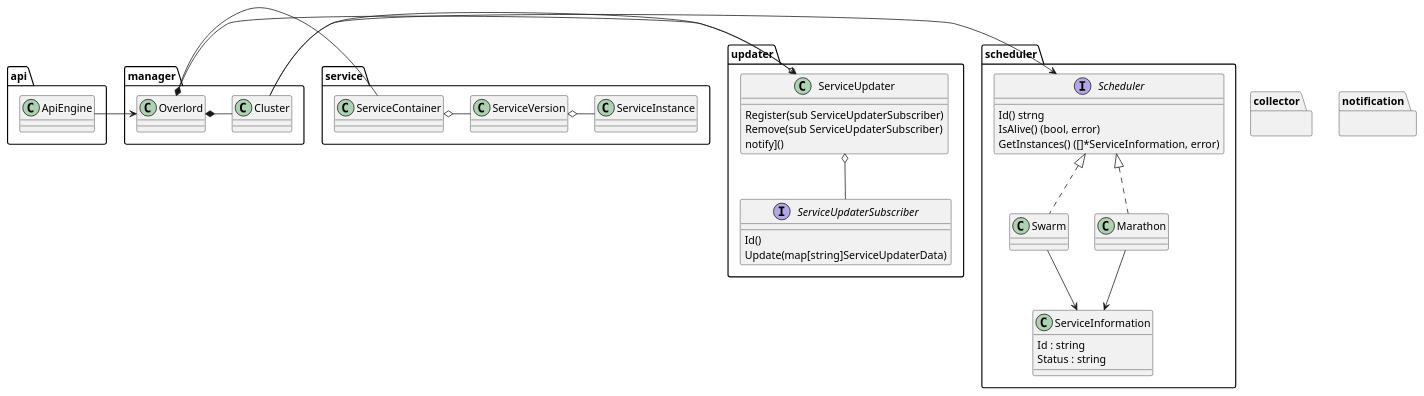
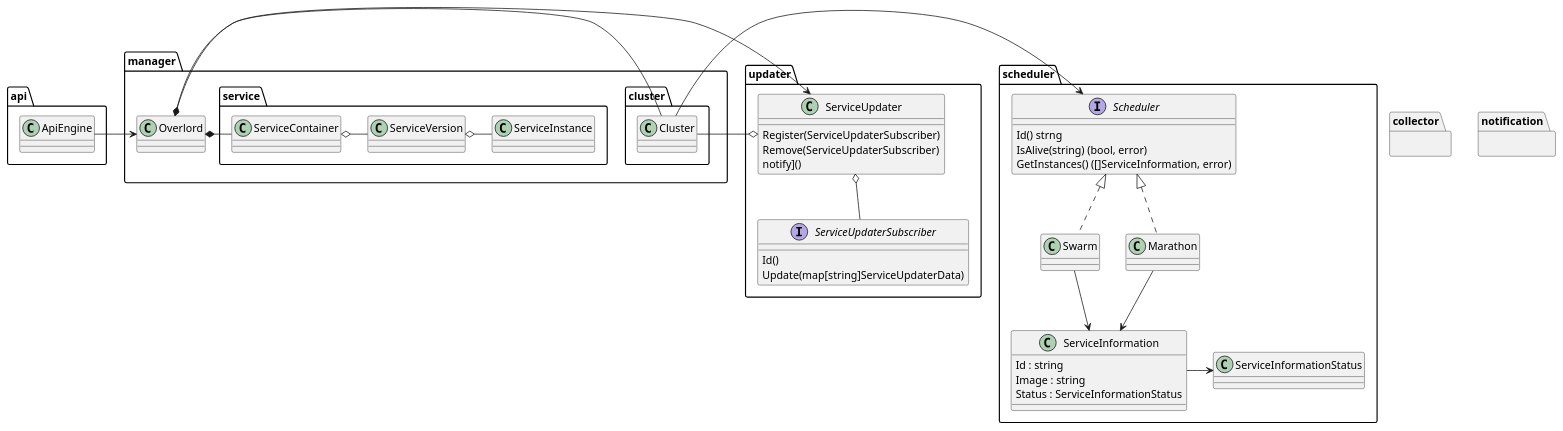
One commit to ch3lo/overlord changed the diagram in arquitectura.puml. Above: the diagram before and after it, drawn with PlantUML. The commit also changed 9 other files, not shown here.

Commit message:
ServiceInformation retorna estado SERVICE_UP o SERVICE_DOWN Fix en check de estado de servicios verificaba todo en vez de solo el cluster Solo se permite una ejecucion de check a la vez WIP: Logs con metadata Se Registran servicios con regexp de la imagen

```diff
--- a/arquitectura.puml
+++ b/arquitectura.puml
@@ -1,69 +1,75 @@
 @startuml
 package manager {
     class Overlord
-    class Cluster
-}
-package service {
-    class ServiceContainer
-    class ServiceVersion
-    class ServiceInstance
+    package cluster {
+        class Cluster
+    }
+    package service {
+        class ServiceContainer
+        class ServiceVersion
+        class ServiceInstance
+    }
 }
 
 package "updater" {
     class ServiceUpdater {
-        Register(sub ServiceUpdaterSubscriber)
-        Remove(sub ServiceUpdaterSubscriber)
+        Register(ServiceUpdaterSubscriber)
+        Remove(ServiceUpdaterSubscriber)
         notify]()
     }
     interface ServiceUpdaterSubscriber {
         Id()
         Update(map[string]ServiceUpdaterData)
     }
 }
 
 package collector {
 }
 
 package notification {
 }
 
 package api {
   class ApiEngine
 }
 
 package scheduler {
     interface Scheduler {
         Id() strng
-        IsAlive() (bool, error)
-        GetInstances() ([]*ServiceInformation, error)
+        IsAlive(string) (bool, error)
+        GetInstances() ([]ServiceInformation, error)
     }
 
     class ServiceInformation {
         Id : string
-        Status : string
+        Image : string
+        Status : ServiceInformationStatus
     }
 
     class Swarm
     class Marathon
+    class ServiceInformationStatus
 }
 
 
 ApiEngine -> Overlord
 
 ServiceContainer -* Overlord
 ServiceContainer o- ServiceVersion
 
 Overlord *- Cluster
 Overlord -> ServiceUpdater
 
 Swarm --> ServiceInformation
 Marathon --> ServiceInformation
+ServiceInformation -> ServiceInformationStatus
+
 Scheduler <|.. Swarm
 Scheduler <|.. Marathon
 
 Cluster -> Scheduler
 Cluster -o ServiceUpdater
 ServiceVersion o- ServiceInstance
 
 ServiceUpdater o-- ServiceUpdaterSubscriber
 @enduml
```
